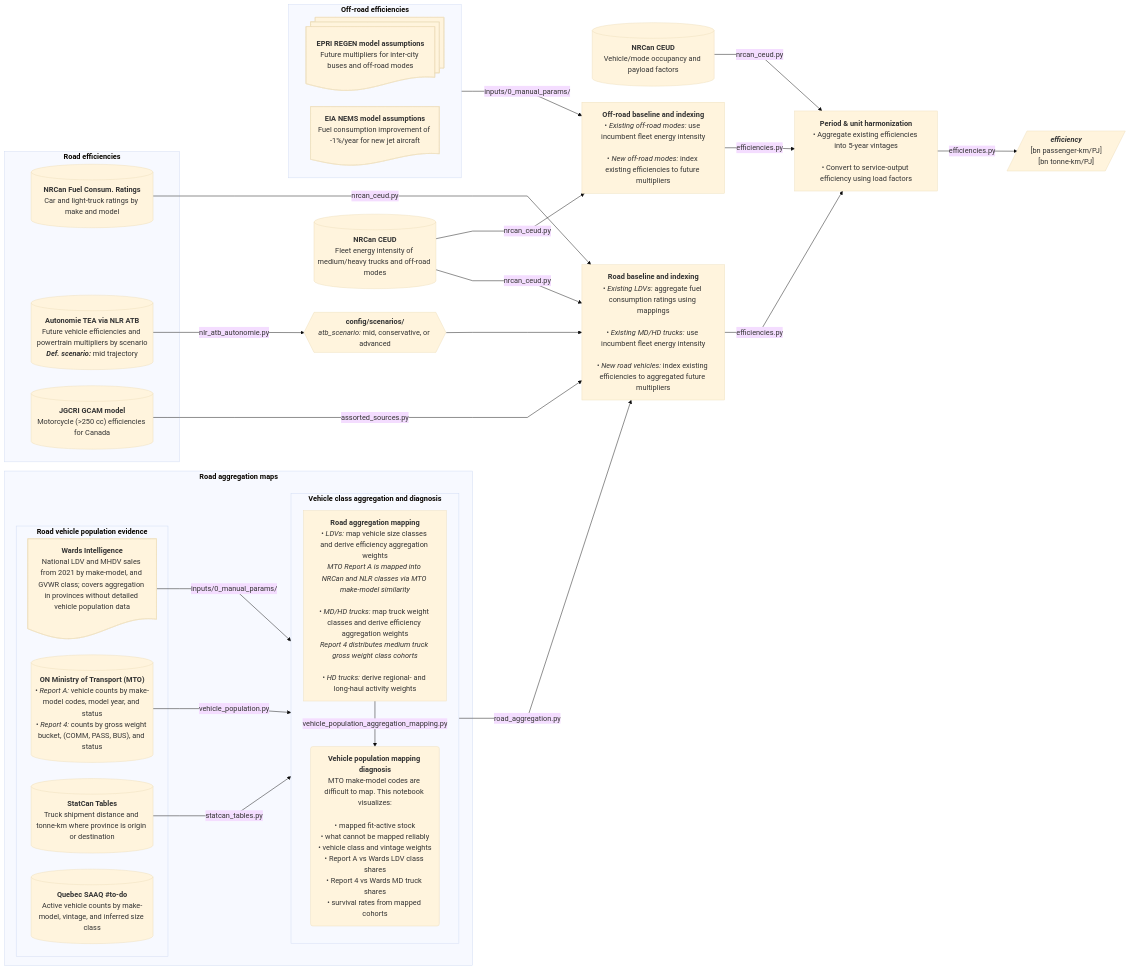
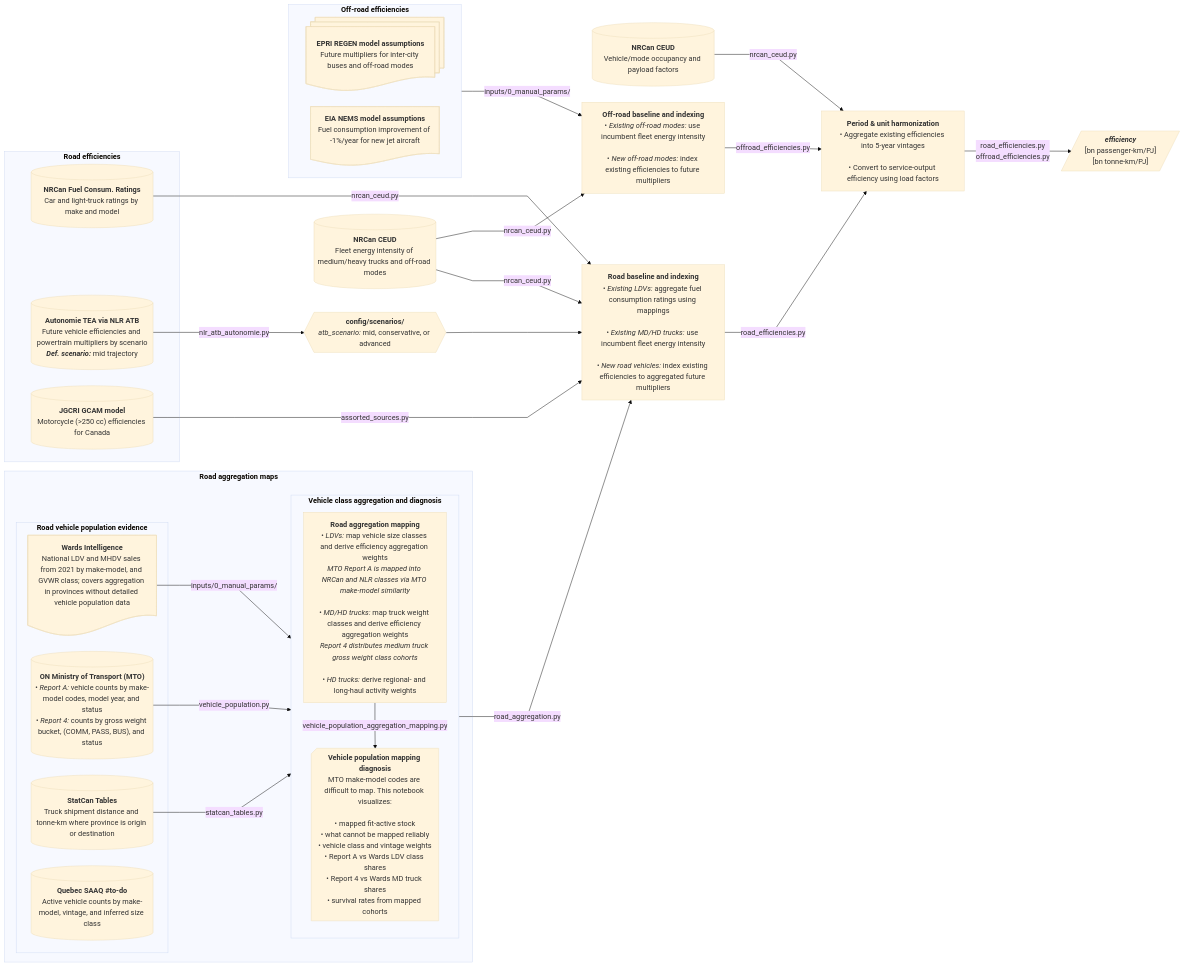
Before and after one commit to CANOE-main/canoe-transportation: the sixth of 12 diagrams in docs/etl_flowcharts.md, drawn with Mermaid (base theme). The commit also changed other lines of this file and 34 other files, not shown here.

```diff
--- a/docs/etl_flowcharts.md
+++ b/docs/etl_flowcharts.md
@@ -450,14 +468,15 @@
         • *MD/HD trucks:* map truck weight classes and derive efficiency aggregation weights
         *Report 4 distributes medium truck gross weight class cohorts*<br>
         • *HD trucks:* derive regional- and long-haul activity weights`"]
-      p0_2("`**Vehicle population mapping diagnosis**`"
+      
+      p0_2@{shape: notch-rect, label: "**Vehicle population mapping diagnosis**
         MTO make-model codes are difficult to map. This notebook visualizes:<br>
         • mapped fit-active stock
         • what cannot be mapped reliably
         • vehicle class and vintage weights
         • Report A vs Wards LDV class shares
         • Report 4 vs Wards MD truck shares
-        • survival rates from mapped cohorts)
+        • survival rates from mapped cohorts"}
       p0 -- vehicle_population_aggregation_mapping.py --> p0_2
     end
     s3 -- inputs/0_manual_params/ --> aggregation
@@ -511,8 +530,9 @@
     • Aggregate existing efficiencies into 5-year vintages<br>
     • Convert to service-output efficiency using load factors`"]
   s9 -- nrcan_ceud.py --> p4
-  p2 -- efficiencies.py --> p4
-  p3 -- efficiencies.py --> p4 -- efficiencies.py --> o1[/"`***efficiency***
+  p2 -- road_efficiencies.py --> p4
+  p3 -- offroad_efficiencies.py --> p4 -- road_efficiencies.py
+  offroad_efficiencies.py --> o1[/"`***efficiency***
     [bn passenger-km/PJ]
     [bn tonne-km/PJ]`"/]
   
```
